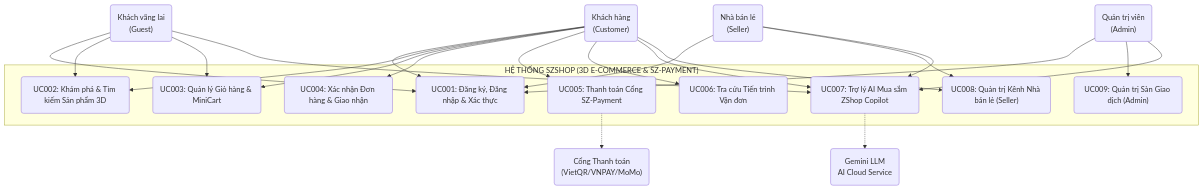
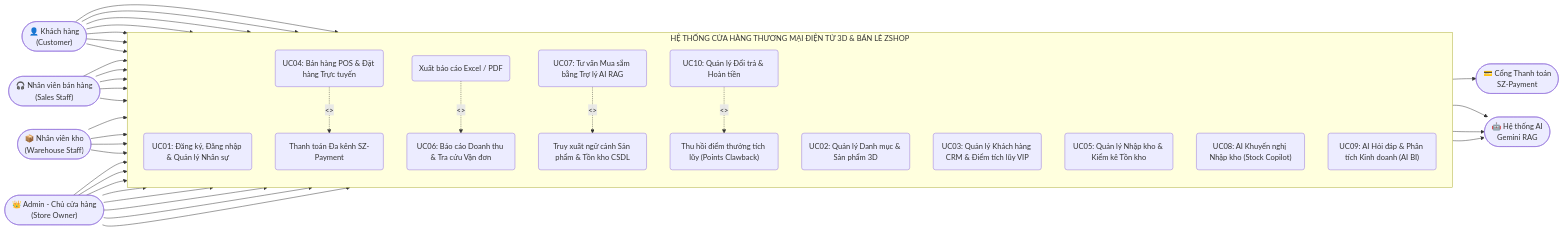
Before and after one commit to Khanhack11/-ng-d-ng-AI: the first of 20 diagrams in docs/SRS_SZSHOP_SPECIFICATION.md, drawn with Mermaid. The commit also changed other lines of this file and 53 other files, not shown here.

````diff
--- a/docs/SRS_SZSHOP_SPECIFICATION.md
+++ b/docs/SRS_SZSHOP_SPECIFICATION.md
@@ -107,46 +102,66 @@
 ```mermaid
-graph TB
-    subgraph "HỆ THỐNG SZSHOP (3D E-COMMERCE & SZ-PAYMENT)"
-        UC001("UC001: Đăng ký, Đăng nhập & Xác thực")
-        UC002("UC002: Khám phá & Tìm kiếm Sản phẩm 3D")
-        UC003("UC003: Quản lý Giỏ hàng & MiniCart")
-        UC004("UC004: Xác nhận Đơn hàng & Giao nhận")
-        UC005("UC005: Thanh toán Cổng SZ-Payment")
-        UC006("UC006: Tra cứu Tiến trình Vận đơn")
-        UC007("UC007: Trợ lý AI Mua sắm ZShop Copilot")
-        UC008("UC008: Quản trị Kênh Nhà bán lẻ (Seller)")
-        UC009("UC009: Quản trị Sàn Giao dịch (Admin)")
+flowchart LR
+    Customer(["👤 Khách hàng<br/>(Customer)"])
+    Sales(["🎧 Nhân viên bán hàng<br/>(Sales Staff)"])
+    Warehouse(["📦 Nhân viên kho<br/>(Warehouse Staff)"])
+    Admin(["👑 Admin - Chủ cửa hàng<br/>(Store Owner)"])
+
+    PaymentGW(["💳 Cổng Thanh toán<br/>SZ-Payment"])
+    AIService(["🤖 Hệ thống AI<br/>Gemini RAG"])
+
+    subgraph ZSHOP["HỆ THỐNG CỬA HÀNG THƯƠNG MẠI ĐIỆN TỬ 3D & BÁN LẺ ZSHOP"]
+        direction TB
+        UC01("UC01: Đăng ký, Đăng nhập & Quản lý Nhân sự")
+        UC02("UC02: Quản lý Danh mục & Sản phẩm 3D")
+        UC03("UC03: Quản lý Khách hàng CRM & Điểm tích lũy VIP")
+        UC04("UC04: Bán hàng POS & Đặt hàng Trực tuyến")
+        UC04_INC("Thanh toán Đa kênh SZ-Payment")
+        UC05("UC05: Quản lý Nhập kho & Kiểm kê Tồn kho")
+        UC06("UC06: Báo cáo Doanh thu & Tra cứu Vận đơn")
+        UC06_EXT("Xuất báo cáo Excel / PDF")
+        UC07("UC07: Tư vấn Mua sắm bằng Trợ lý AI RAG")
+        UC07_INC("Truy xuất ngữ cảnh Sản phẩm & Tồn kho CSDL")
+        UC08("UC08: AI Khuyến nghị Nhập kho (Stock Copilot)")
+        UC09("UC09: AI Hỏi đáp & Phân tích Kinh doanh (AI BI)")
+        UC10("UC10: Quản lý Đổi trả & Hoàn tiền")
+        UC10_INC("Thu hồi điểm thưởng tích lũy (Points Clawback)")
+
+        UC04 -. "<<include>>" .-> UC04_INC
+        UC06_EXT -. "<<extend>>" .-> UC06
+        UC07 -. "<<include>>" .-> UC07_INC
+        UC10 -. "<<include>>" .-> UC10_INC
     end
 
-    Guest("Khách vãng lai<br/>(Guest)")
-    Customer("Khách hàng<br/>(Customer)")
-    Seller("Nhà bán lẻ<br/>(Seller)")
-    Admin("Quản trị viên<br/>(Admin)")
-    PaymentGW("Cổng Thanh toán<br/>(VietQR/VNPAY/MoMo)")
-    AIService("Gemini LLM<br/>AI Cloud Service")
+    Customer --> UC01
+    Customer --> UC02
+    Customer --> UC03
+    Customer --> UC04
+    Customer --> UC06
+    Customer --> UC07
+    Customer --> UC10
 
-    Guest --> UC001
-    Guest --> UC002
-    Guest --> UC003
-    Guest --> UC007
+    Sales --> UC01
+    Sales --> UC03
+    Sales --> UC04
+    Sales --> UC06
+    Sales --> UC10
 
-    Customer --> UC001
-    Customer --> UC002
-    Customer --> UC003
-    Customer --> UC004
-    Customer --> UC005
-    Customer --> UC006
-    Customer --> UC007
-    Customer --> UC008
+    Warehouse --> UC01
+    Warehouse --> UC02
+    Warehouse --> UC05
+    Warehouse --> UC08
 
-    Seller --> UC001
-    Seller --> UC008
-    Seller --> UC007
+    Admin --> UC01
+    Admin --> UC02
+    Admin --> UC03
+    Admin --> UC05
+    Admin --> UC06
+    Admin --> UC08
+    Admin --> UC09
+    Admin --> UC10
 
-    Admin --> UC001
-    Admin --> UC009
-    Admin --> UC007
-
-    UC005 -.-> PaymentGW
-    UC007 -.-> AIService
+    UC04_INC --> PaymentGW
+    UC07_INC --> AIService
+    UC08 --> AIService
+    UC09 --> AIService
 ```
````
